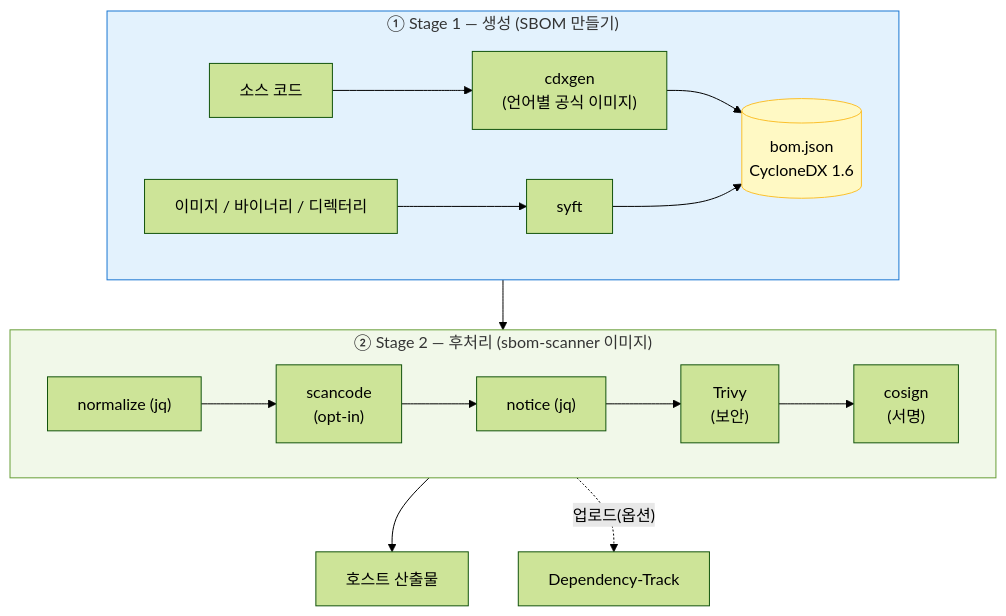
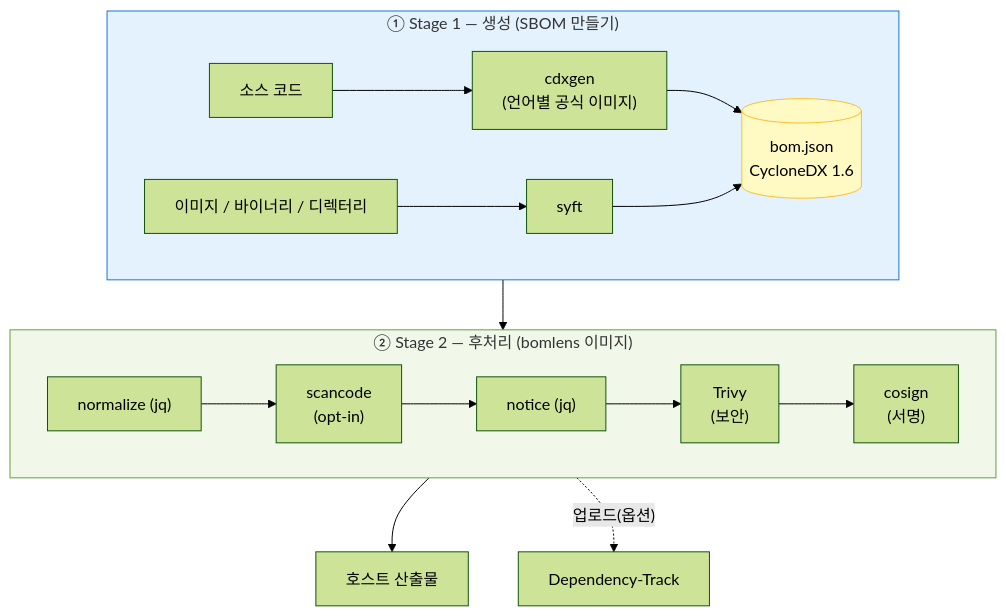
One commit to sktelecom/bomlens changed the first of 6 diagrams in docs/concepts/architecture.ko.md. Above: the diagram before and after it, drawn with Mermaid (forest theme). The commit also changed other lines of this file and 2 other files, not shown here.

First line of the commit message:
docs: bring README and architecture up to date with v1.5.0

````diff
--- a/docs/concepts/architecture.ko.md
+++ b/docs/concepts/architecture.ko.md
@@ -16,26 +16,26 @@
 ```mermaid
 flowchart TB
     subgraph S1["① Stage 1 — 생성 (SBOM 만들기)"]
         direction LR
         SRC["소스 코드"] --> CDX["cdxgen<br/>(언어별 공식 이미지)"]
         IMG["이미지 / 바이너리 / 디렉터리"] --> SYFT["syft"]
         CDX --> BOM[("bom.json<br/>CycloneDX 1.6")]
         SYFT --> BOM
     end
 
-    subgraph S2["② Stage 2 — 후처리 (sbom-scanner 이미지)"]
+    subgraph S2["② Stage 2 — 후처리 (bomlens 이미지)"]
         direction LR
         NORM["normalize (jq)"] --> SCAN["scancode<br/>(opt-in)"]
         SCAN --> NOTICE["notice (jq)"]
         NOTICE --> TRIVY["Trivy<br/>(보안)"]
         TRIVY --> SIGN["cosign<br/>(서명)"]
     end
 
     BOM --> NORM
     SIGN --> OUT["호스트 산출물"]
     SIGN -.업로드(옵션).-> DT["Dependency-Track"]
 
     style S1 fill:#e3f2fd,stroke:#1976d2
     style S2 fill:#f1f8e9,stroke:#689f38
     style BOM fill:#fff9c4,stroke:#fbc02d
 ```
````
